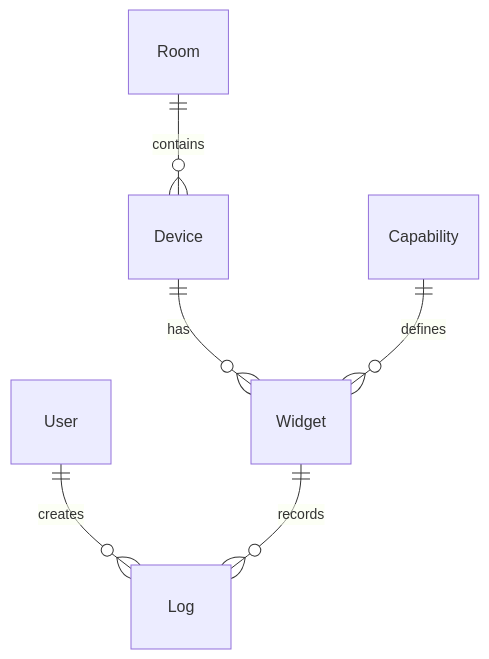
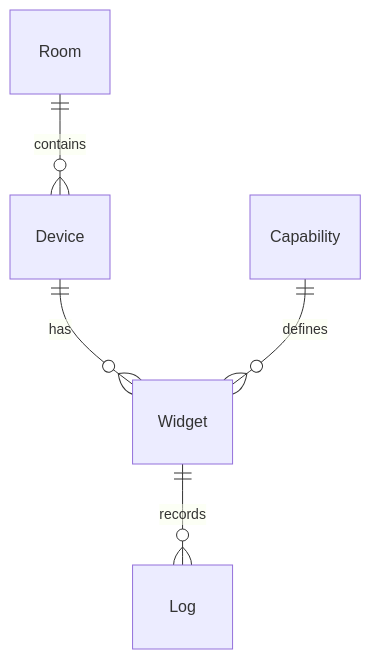
The diagram in docs/backend/database.md (sunmodza/pm_docs), drawn with Mermaid before and after one commit. The commit also changed other lines of this file and 7 other files, not shown here.

````diff
--- a/docs/backend/database.md
+++ b/docs/backend/database.md
@@ -7,8 +7,7 @@
 ```mermaid
 erDiagram
-    User ||--o{ Log : "creates"
     Room ||--o{ Device : "contains"
     Device ||--o{ Widget : "has"
     Capability ||--o{ Widget : "defines"
     Widget ||--o{ Log : "records"
 ```
````
